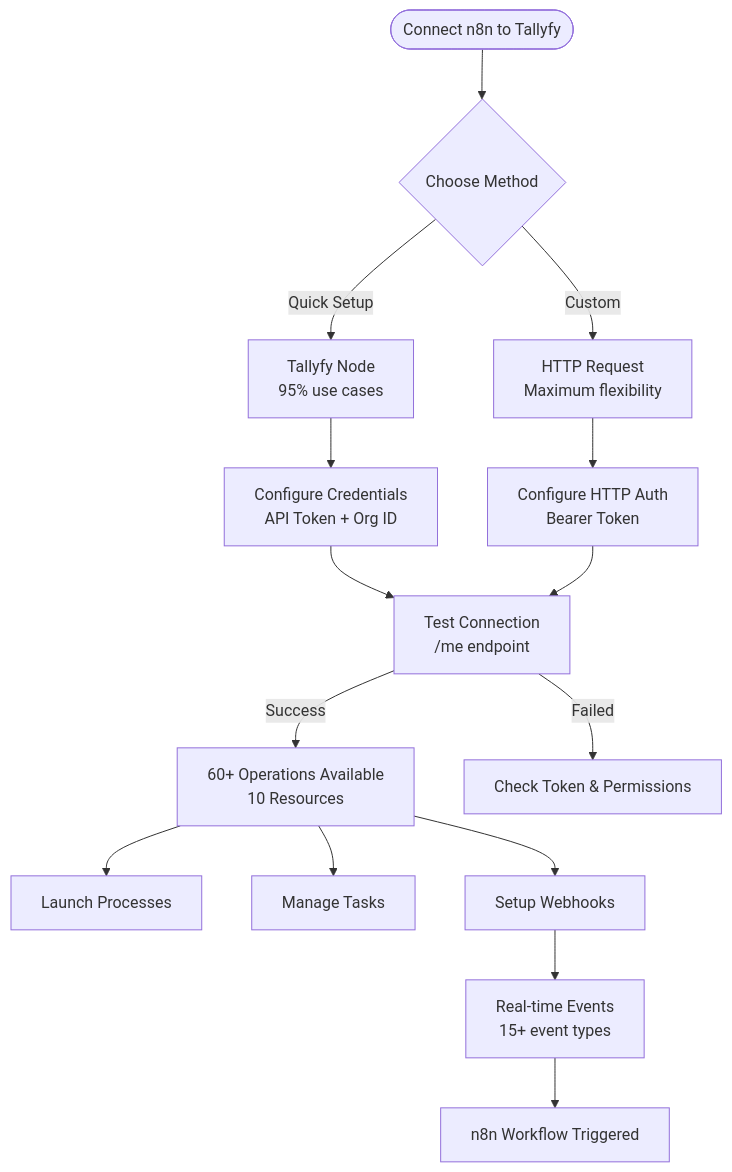
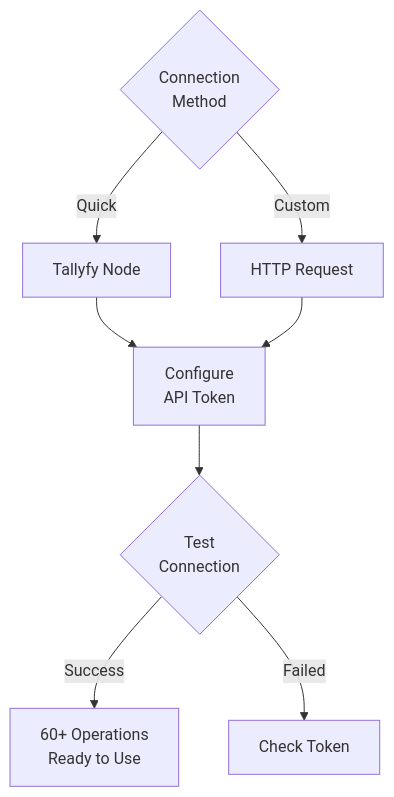
Before and after one commit to tallyfy/documentation: the first of 2 diagrams in src/content/docs/pro/integrations/middleware/n8n/connecting-n8n-to-tallyfy.mdx, drawn with Mermaid. The commit also changed 5 other files, not shown here.

First line of the commit message:
Fix remaining complex Mermaid diagrams for readability

````diff
--- a/src/content/docs/pro/integrations/middleware/n8n/connecting-n8n-to-tallyfy.mdx
+++ b/src/content/docs/pro/integrations/middleware/n8n/connecting-n8n-to-tallyfy.mdx
@@ -24,28 +24,18 @@
 ```mermaid
 flowchart TD
-    Start([Connect n8n to Tallyfy]) --> Method{Choose Method}
+    Method{Connection<br/>Method}
     
-    Method -->|Quick Setup| Node[Tallyfy Node<br/>95% use cases]
-    Method -->|Custom| HTTP[HTTP Request<br/>Maximum flexibility]
+    Method -->|Quick| Node[Tallyfy Node]
+    Method -->|Custom| HTTP[HTTP Request]
     
-    Node --> Creds[Configure Credentials<br/>API Token + Org ID]
-    HTTP --> HTTPCreds[Configure HTTP Auth<br/>Bearer Token]
+    Node --> Auth[Configure<br/>API Token]
+    HTTP --> Auth
     
-    Creds --> Test[Test Connection<br/>/me endpoint]
-    HTTPCreds --> Test
+    Auth --> Test{Test<br/>Connection}
     
-    Test -->|Success| Ops[60+ Operations Available<br/>10 Resources]
-    Test -->|Failed| Debug[Check Token & Permissions]
-    
-    Ops --> Launch[Launch Processes]
-    Ops --> Tasks[Manage Tasks]
-    Ops --> Webhook[Setup Webhooks]
-    
-    Webhook --> Events[Real-time Events<br/>15+ event types]
-    Events --> n8n[n8n Workflow Triggered]
+    Test -->|Success| Ready[60+ Operations<br/>Ready to Use]
+    Test -->|Failed| Debug[Check Token]
     
     click Node "/products/pro/integrations/middleware/n8n/" "n8n integration overview"
-    click Ops "/products/pro/integrations/open-api/" "Tallyfy API documentation"
-    click Webhook "/products/pro/integrations/webhooks/" "Webhook configuration"
-    
+    click Ready "/products/pro/integrations/open-api/" "Tallyfy API documentation"
 ```
````
